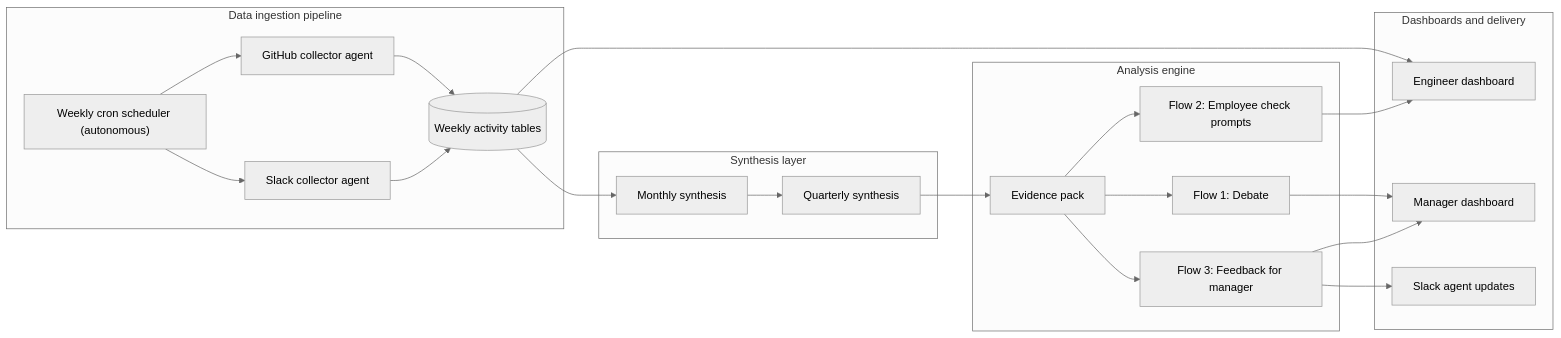
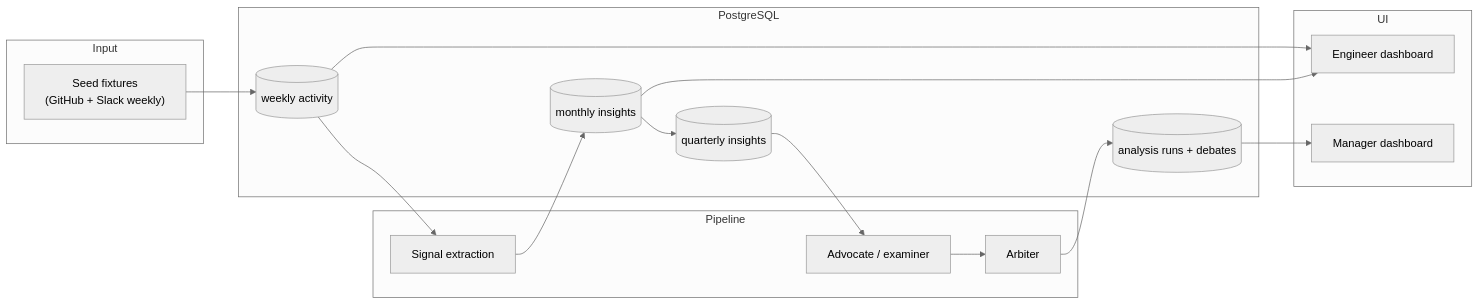
The diagram in README.md (hanzalahwaheed/prfrd), drawn with Mermaid (neutral theme) before and after one commit. The commit also changed other lines of this file and 29 other files, not shown here.

````diff
--- a/README.md
+++ b/README.md
@@ -62,40 +39,31 @@
 ```mermaid
 flowchart LR
-  subgraph Ingestion["Data ingestion pipeline"]
-    Cron["Weekly cron scheduler (autonomous)"]
-    GH["GitHub collector agent"]
-    SL["Slack collector agent"]
-    W[(Weekly activity tables)]
-    Cron --> GH --> W
-    Cron --> SL --> W
+  subgraph Input
+    Seed["Seed fixtures<br/>(GitHub + Slack weekly)"]
   end
 
-  subgraph Synthesis["Synthesis layer"]
-    M["Monthly synthesis"]
-    Q["Quarterly synthesis"]
-    W --> M --> Q
+  subgraph Storage["PostgreSQL"]
+    W[(weekly activity)]
+    M[(monthly insights)]
+    Q[(quarterly insights)]
+    A[(analysis runs + debates)]
   end
 
-  subgraph Analysis["Analysis engine"]
-    E["Evidence pack"]
-    D["Flow 1: Debate"]
-    P["Flow 2: Employee check prompts"]
-    F["Flow 3: Feedback for manager"]
-    Q --> E
-    E --> D
-    E --> P
-    E --> F
+  subgraph Pipeline
+    S["Signal extraction"]
+    D["Advocate / examiner"]
+    R["Arbiter"]
   end
 
-  subgraph UX["Dashboards and delivery"]
+  subgraph UI
     Eng["Engineer dashboard"]
     Mgr["Manager dashboard"]
-    Slack["Slack agent updates"]
   end
 
+  Seed --> W
+  W --> S --> M --> Q
+  Q --> D --> R --> A
   W --> Eng
-  D --> Mgr
-  P --> Eng
-  F --> Mgr
-  F --> Slack
+  M --> Eng
+  A --> Mgr
 ```
````
